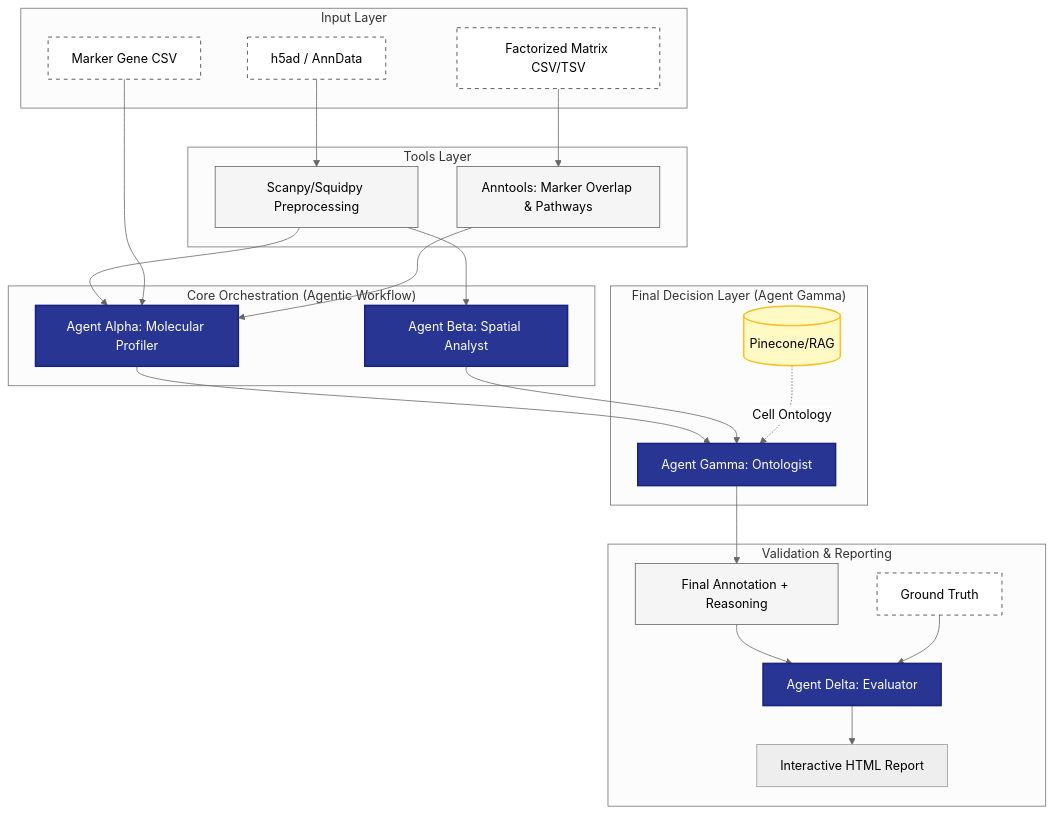
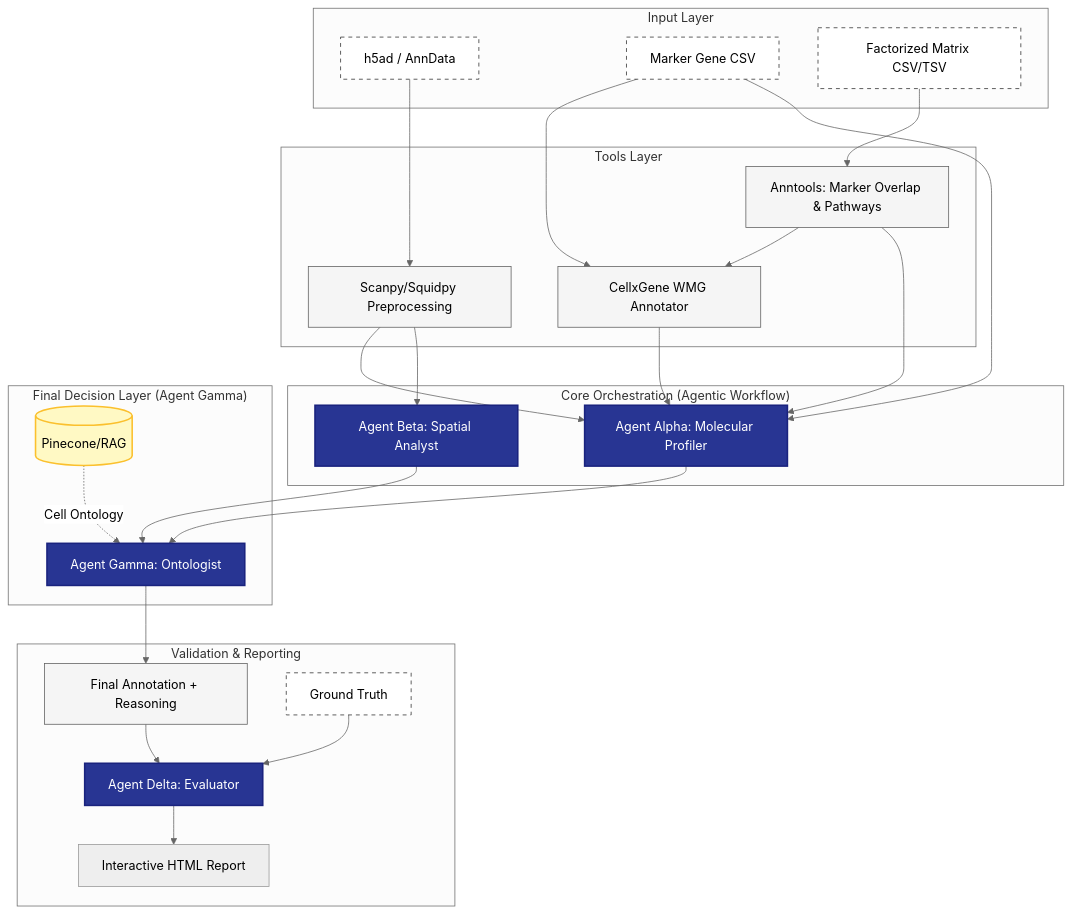
The diagram in README.md (MorrissyLab/TranScribe), drawn with Mermaid (neutral theme) before and after one commit. The commit also changed other lines of this file and 3 other files, not shown here.

````diff
--- a/README.md
+++ b/README.md
@@ -26,45 +27,49 @@
 ```mermaid
 graph TD
     subgraph "Input Layer"
         H5[h5ad / AnnData]
         CSV[Marker Gene CSV]
         FAC[Factorized Matrix CSV/TSV]
     end
 
     subgraph "Tools Layer"
         PRE[Scanpy/Squidpy Preprocessing]
         Ann[Anntools: Marker Overlap & Pathways]
+        WMG[CellxGene WMG Annotator]
         H5 --> PRE
         FAC --> Ann
+        CSV --> WMG
+        Ann --> WMG
     end
 
     subgraph "Core Orchestration (Agentic Workflow)"
         PRE --> Alpha[Agent Alpha: Molecular Profiler]
         CSV --> Alpha
         Ann --> Alpha
+        WMG --> Alpha
         PRE --> Beta[Agent Beta: Spatial Analyst]
     end
 
     subgraph "Final Decision Layer (Agent Gamma)"
         Alpha --> Gamma[Agent Gamma: Ontologist]
         Beta --> Gamma
         DB[(Pinecone/RAG)] -.->|Cell Ontology| Gamma
     end
 
     subgraph "Validation & Reporting"
         Gamma --> R[Final Annotation + Reasoning]
         R --> Delta[Agent Delta: Evaluator]
         GT[Ground Truth] --> Delta
         Delta --> V[Interactive HTML Report]
     end
 
     classDef agent fill:#283593,color:#fff,stroke:#1a237e,stroke-width:2px;
     classDef tool fill:#f5f5f5,stroke:#616161,stroke-width:1px;
     classDef input fill:#fff,stroke:#333,stroke-dasharray: 5 5;
     classDef database fill:#fff9c4,stroke:#fbc02d,stroke-width:2px;
 
     class Alpha,Beta,Gamma,Delta agent;
-    class PRE,Ann,R tool;
+    class PRE,Ann,R,WMG tool;
     class H5,CSV,FAC,GT input;
     class DB database;
 ```
````
